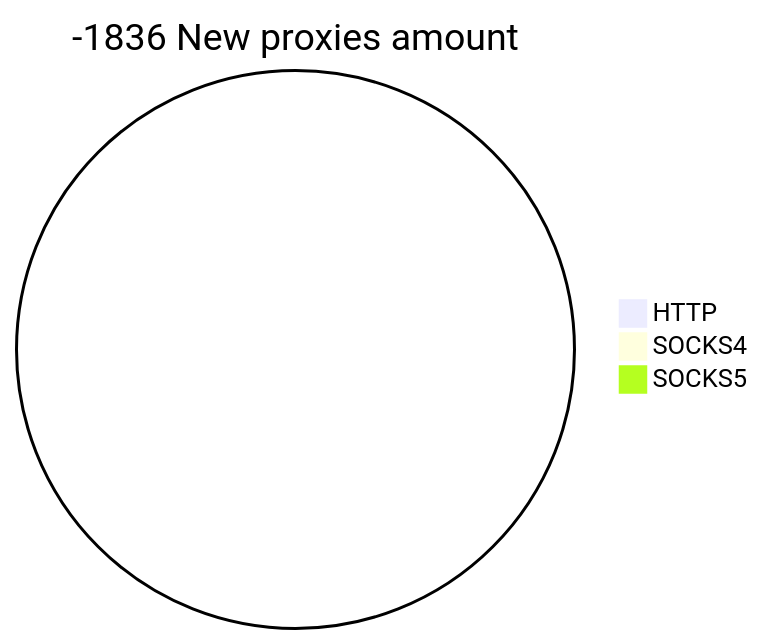
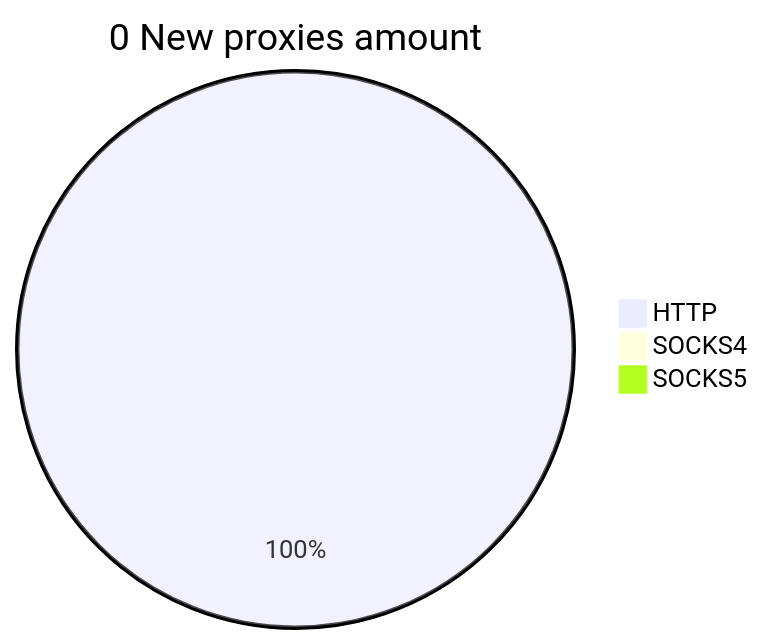
One commit to cutipu/proxylist changed the second of 2 diagrams in README.md. Above: the diagram before and after it, drawn with Mermaid. The commit also changed other lines of this file, not shown here.

````diff
--- a/README.md
+++ b/README.md
@@ -10,6 +10,6 @@
 ```mermaid
-pie title -1836 New proxies amount
-    "HTTP" : 0
+pie title 0 New proxies amount
+    "HTTP" : 23
     "SOCKS4" : 0
     "SOCKS5" : 0
 ```
````
